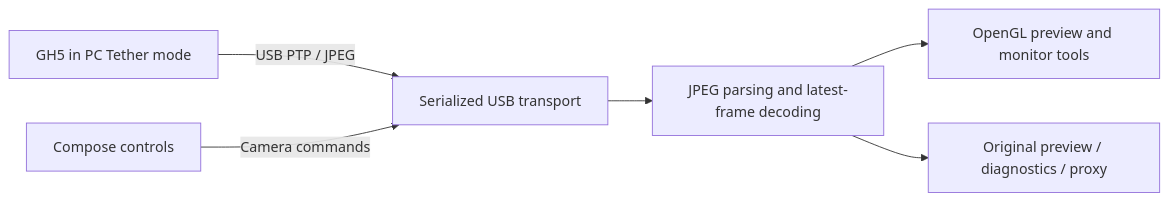
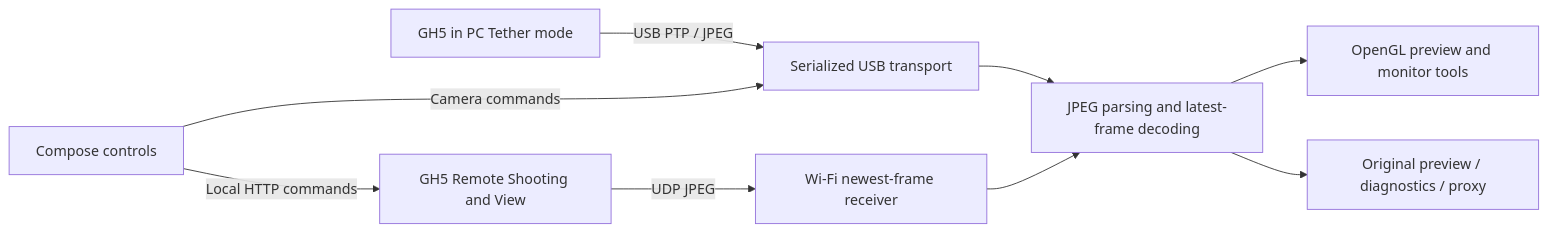
The diagram in README.md (s1lax/gh5-monitor), drawn with Mermaid before and after one commit. The commit also changed other lines of this file and 25 other files, not shown here.

````diff
--- a/README.md
+++ b/README.md
@@ -80,8 +83,11 @@
 ```mermaid
 flowchart LR
     GH5[GH5 in PC Tether mode] -->|USB PTP / JPEG| USB[Serialized USB transport]
+    WLAN[GH5 Remote Shooting and View] -->|UDP JPEG| WiFi[Wi-Fi newest-frame receiver]
     USB --> Decode[JPEG parsing and latest-frame decoding]
+    WiFi --> Decode
     Decode --> GL[OpenGL preview and monitor tools]
     Decode --> Save[Original preview / diagnostics / proxy]
     UI[Compose controls] -->|Camera commands| USB
+    UI -->|Local HTTP commands| WLAN
 ```
````
